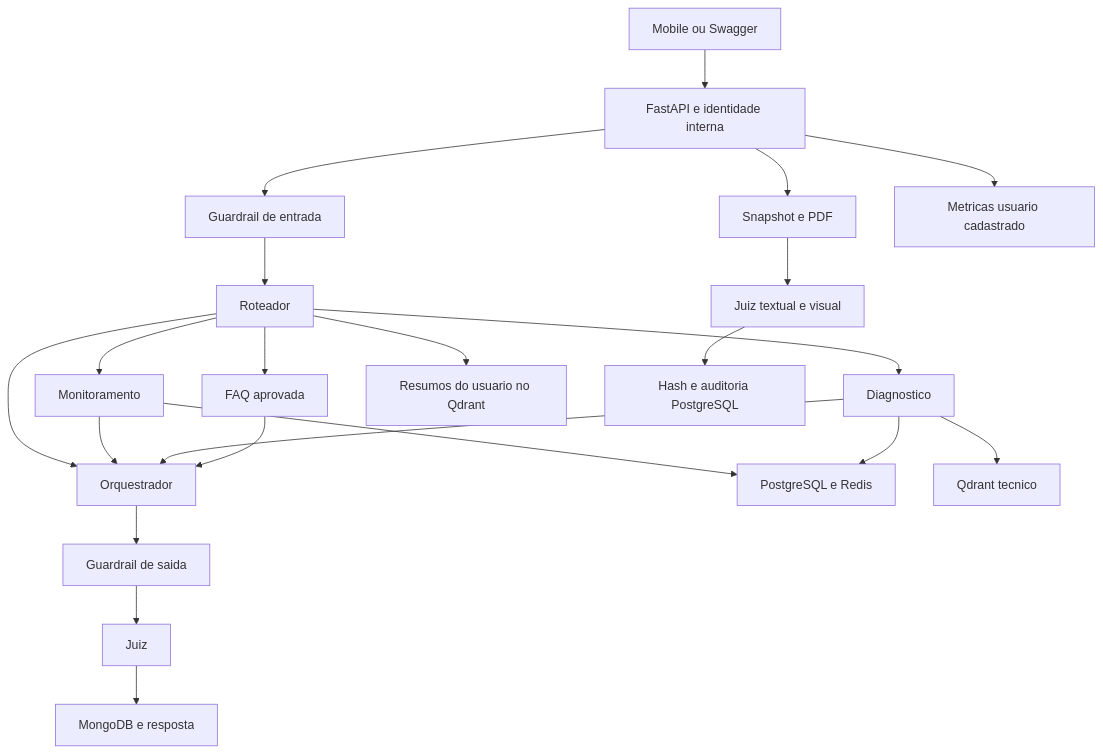
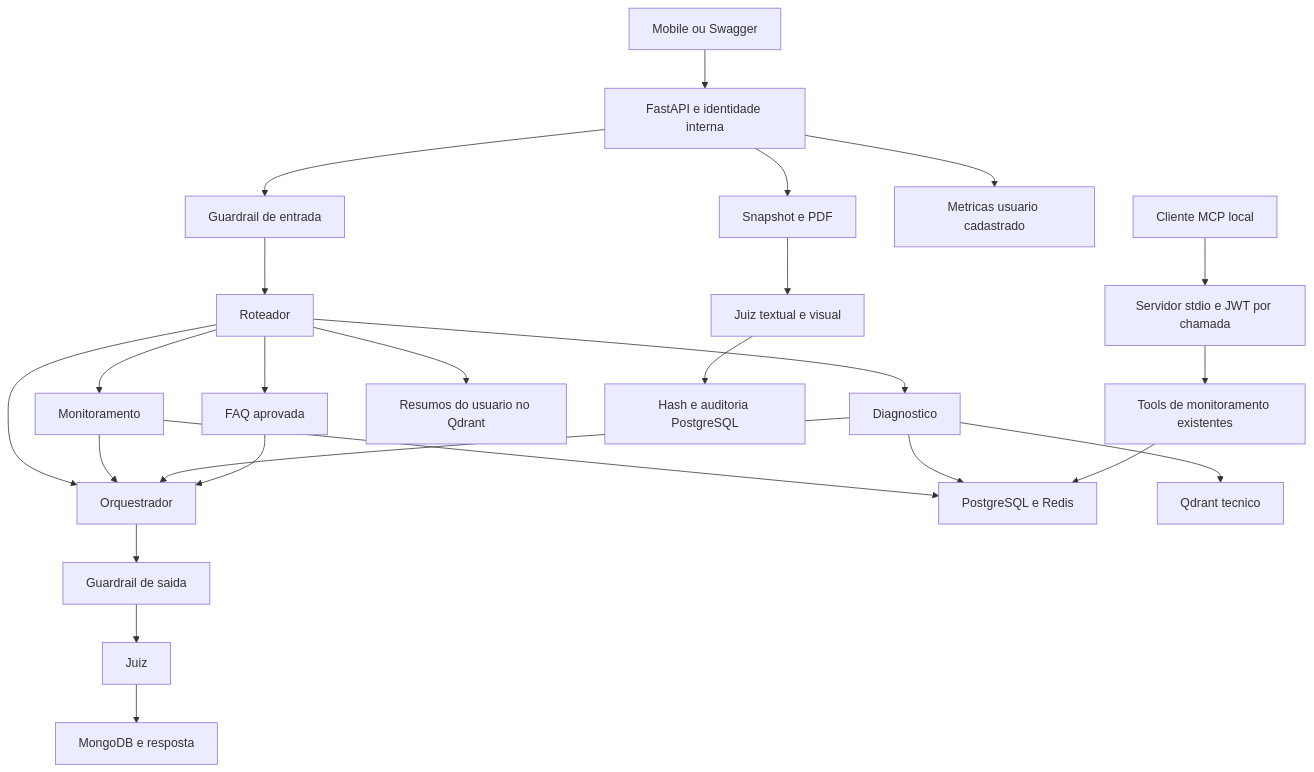
The diagram in TRIMMY.md (Skadi-Interdisciplinar/2_ano_back_ia), drawn with Mermaid before and after one commit. The commit also changed other lines of this file and 6 other files, not shown here.

````diff
--- a/TRIMMY.md
+++ b/TRIMMY.md
@@ -45,24 +45,27 @@
 ```mermaid
 flowchart TD
   Cliente["Mobile ou Swagger"] --> API["FastAPI e identidade interna"]
   API --> Entrada["Guardrail de entrada"]
   Entrada --> Roteador["Roteador"]
   Roteador --> Monitoramento["Monitoramento"]
   Roteador --> Diagnostico["Diagnostico"]
   Roteador --> FAQ["FAQ aprovada"]
   Roteador --> Orquestrador["Orquestrador"]
   Monitoramento --> Orquestrador
   Diagnostico --> Orquestrador
   FAQ --> Orquestrador
   Orquestrador --> Saida["Guardrail de saida"]
   Saida --> Juiz["Juiz"]
   Juiz --> Persistencia["MongoDB e resposta"]
   Monitoramento --> Dados["PostgreSQL e Redis"]
   Diagnostico --> Dados
   Diagnostico --> Regras["Qdrant tecnico"]
   Roteador --> Memoria["Resumos do usuario no Qdrant"]
   API --> PDF["Snapshot e PDF"]
   PDF --> JuizPDF["Juiz textual e visual"]
   JuizPDF --> Auditoria["Hash e auditoria PostgreSQL"]
   API --> Metricas["Metricas usuario cadastrado"]
+  ClienteMCP["Cliente MCP local"] --> ServidorMCP["Servidor stdio e JWT por chamada"]
+  ServidorMCP --> ToolsMCP["Tools de monitoramento existentes"]
+  ToolsMCP --> Dados
 ```
````
